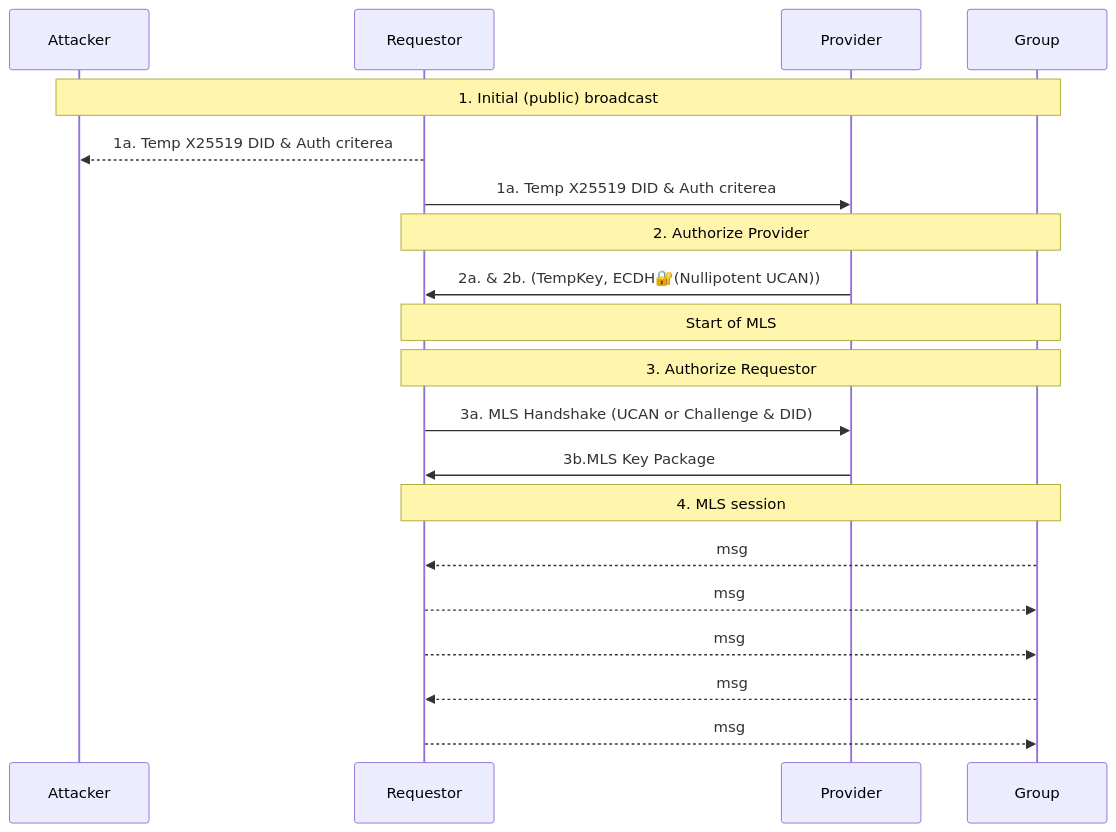
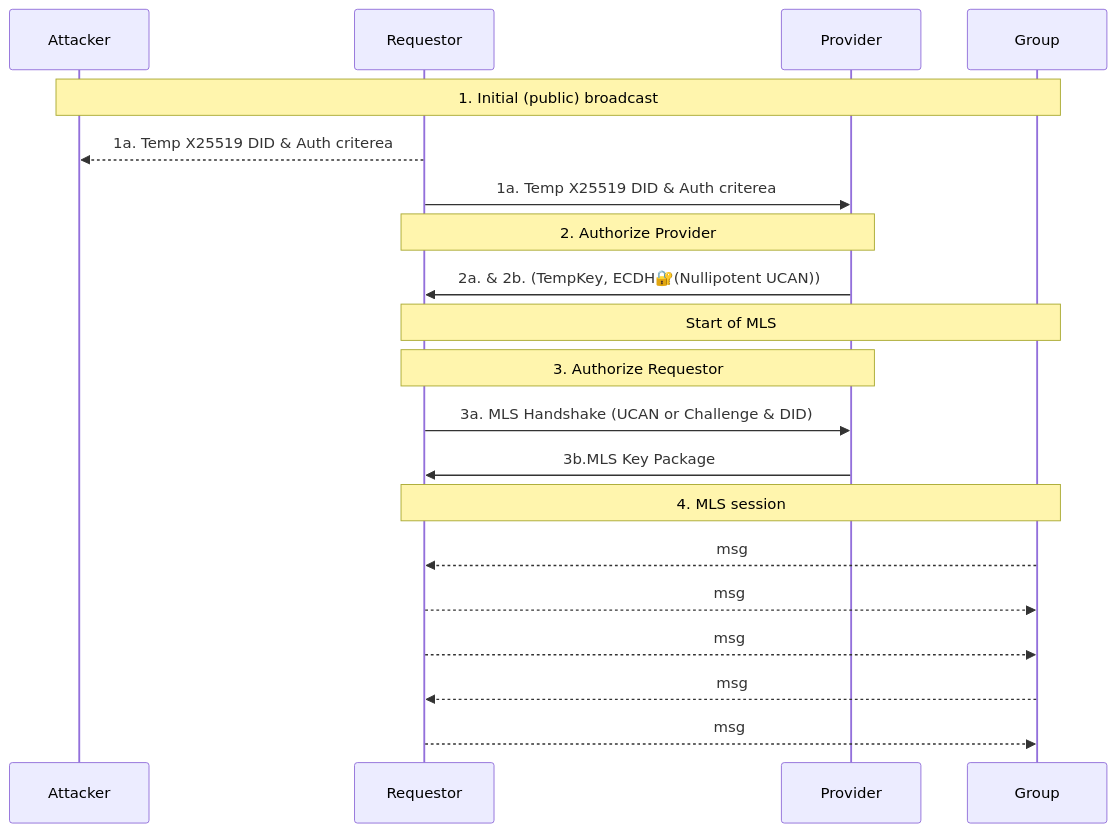
The second of 7 diagrams in README.md (ucan-wg/awake), drawn with Mermaid before and after one commit.

Commit message:
Better layout

````diff
--- a/README.md
+++ b/README.md
@@ -138,26 +138,26 @@
 ```mermaid
 sequenceDiagram
     participant Attacker
     participant Requestor
     participant Provider
     participant Group
 
     Note over Attacker, Group : 1. Initial (public) broadcast
         Requestor -->> Attacker: 1a. Temp X25519 DID & Auth criterea
         Requestor ->> Provider: 1a. Temp X25519 DID & Auth criterea
 
-    Note over Requestor, Group: 2. Authorize Provider
+    Note over Requestor, Provider: 2. Authorize Provider
         Provider ->> Requestor: 2a. & 2b. (TempKey, ECDH🔐(Nullipotent UCAN))
 
     Note over Requestor, Group: Start of MLS
-    Note over Requestor, Group: 3. Authorize Requestor
+    Note over Requestor, Provider: 3. Authorize Requestor
         Requestor ->> Provider: 3a. MLS Handshake (UCAN or Challenge & DID)
         Provider  ->> Requestor: 3b.MLS Key Package
 
     Note over Requestor, Group: 4. MLS session
         Group -->> Requestor: msg
         Requestor -->> Group: msg
         Requestor -->> Group: msg
         Group -->> Requestor: msg
         Requestor -->> Group: msg
 ```
````
